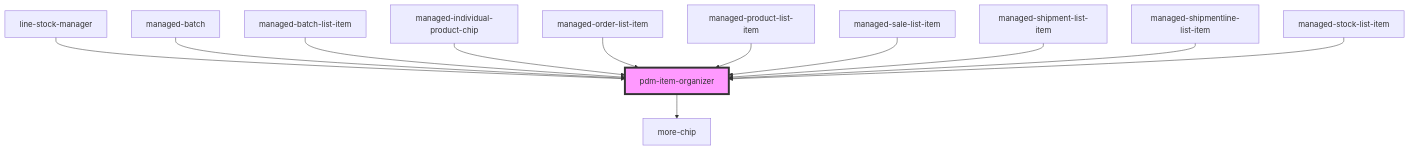
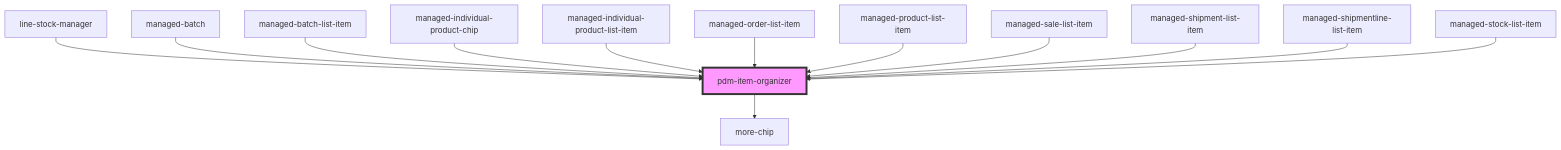
The diagram in pdm-web-components/src/components/pdm-item-organizer/readme.md (PharmaLedger-IMI/fgt-workspace), drawn with Mermaid before and after one commit. The commit also changed other lines of this file and 6 other files, not shown here.

Commit message:
refs #51 minor fix and individual product now implements pdm item organizer

````diff
--- a/pdm-web-components/src/components/pdm-item-organizer/readme.md
+++ b/pdm-web-components/src/components/pdm-item-organizer/readme.md
@@ -52,15 +53,16 @@
 ```mermaid
 graph TD;
   pdm-item-organizer --> more-chip
   line-stock-manager --> pdm-item-organizer
   managed-batch --> pdm-item-organizer
   managed-batch-list-item --> pdm-item-organizer
   managed-individual-product-chip --> pdm-item-organizer
+  managed-individual-product-list-item --> pdm-item-organizer
   managed-order-list-item --> pdm-item-organizer
   managed-product-list-item --> pdm-item-organizer
   managed-sale-list-item --> pdm-item-organizer
   managed-shipment-list-item --> pdm-item-organizer
   managed-shipmentline-list-item --> pdm-item-organizer
   managed-stock-list-item --> pdm-item-organizer
   style pdm-item-organizer fill:#f9f,stroke:#333,stroke-width:4px
 ```
````
